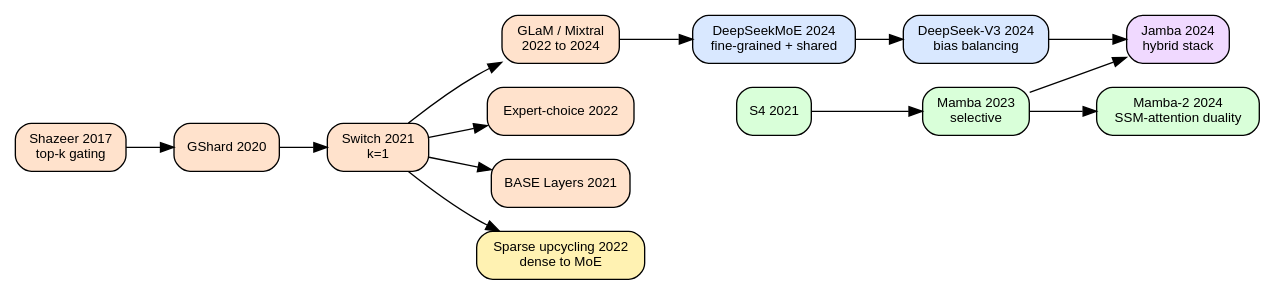
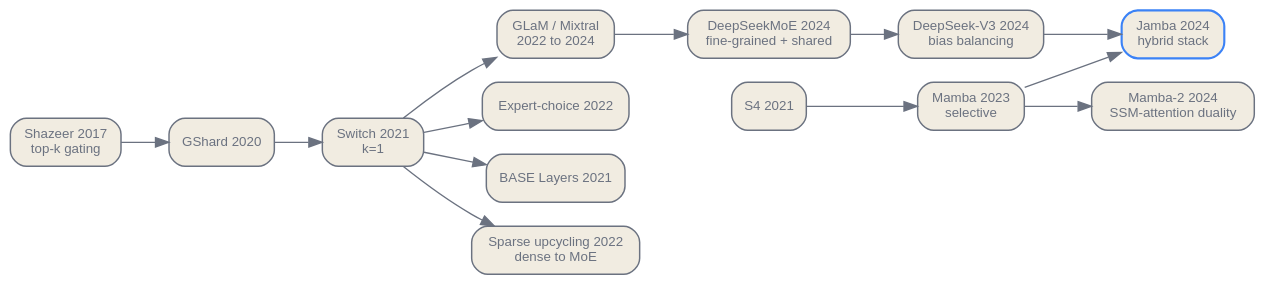
The third of 3 diagrams in en/p1-foundations/07-moe-ssm-hybrids.qmd (latere-ai/ai-as-an-infrastructure), drawn with Graphviz before and after one commit. The commit also changed 186 other files, not shown here.

First line of the commit message:
book: visual audit pass on all diagrams and figures

````diff
--- a/en/p1-foundations/07-moe-ssm-hybrids.qmd
+++ b/en/p1-foundations/07-moe-ssm-hybrids.qmd
@@ -128,36 +128,37 @@
 ```{dot}
 //| label: fig-moe-lineage
 //| fig-cap: "Genealogy of the ideas in this chapter. A routing thread and a specialization thread refine the MoE layer, sparse upcycling is a training shortcut into it, and a separate state-space line converges with attention and MoE at the hybrid stack."
 digraph lineage {
   rankdir=LR;
-  node [shape=box, style="rounded,filled", fontname="Helvetica", fontsize=10, fillcolor="#eeeeee"];
-  edge [fontname="Helvetica", fontsize=9];
+  bgcolor="transparent";
+  node [shape=box, style="rounded,filled", fontname="Helvetica", fontsize=10, color="#6b7280", fontcolor="#6b7280", fillcolor="#f1ece1", penwidth=1.1];
+  edge [fontname="Helvetica", fontsize=9, color="#6b7280", fontcolor="#6b7280"];
 
-  shazeer [label="Shazeer 2017\ntop-k gating", fillcolor="#ffe2cc"];
-  gshard [label="GShard 2020", fillcolor="#ffe2cc"];
-  switch [label="Switch 2021\nk=1", fillcolor="#ffe2cc"];
-  glam [label="GLaM / Mixtral\n2022 to 2024", fillcolor="#ffe2cc"];
-  echoice [label="Expert-choice 2022", fillcolor="#ffe2cc"];
-  base [label="BASE Layers 2021", fillcolor="#ffe2cc"];
+  shazeer [label="Shazeer 2017\ntop-k gating"];
+  gshard [label="GShard 2020"];
+  switch [label="Switch 2021\nk=1"];
+  glam [label="GLaM / Mixtral\n2022 to 2024"];
+  echoice [label="Expert-choice 2022"];
+  base [label="BASE Layers 2021"];
 
-  dsmoe [label="DeepSeekMoE 2024\nfine-grained + shared", fillcolor="#d9e8ff"];
-  dsv3 [label="DeepSeek-V3 2024\nbias balancing", fillcolor="#d9e8ff"];
+  dsmoe [label="DeepSeekMoE 2024\nfine-grained + shared"];
+  dsv3 [label="DeepSeek-V3 2024\nbias balancing"];
 
-  upcycle [label="Sparse upcycling 2022\ndense to MoE", fillcolor="#fff2b2"];
+  upcycle [label="Sparse upcycling 2022\ndense to MoE"];
 
-  s4 [label="S4 2021", fillcolor="#d9ffd9"];
-  mamba [label="Mamba 2023\nselective", fillcolor="#d9ffd9"];
-  mamba2 [label="Mamba-2 2024\nSSM-attention duality", fillcolor="#d9ffd9"];
+  s4 [label="S4 2021"];
+  mamba [label="Mamba 2023\nselective"];
+  mamba2 [label="Mamba-2 2024\nSSM-attention duality"];
 
-  jamba [label="Jamba 2024\nhybrid stack", fillcolor="#f0d9ff"];
+  jamba [label="Jamba 2024\nhybrid stack", color="#3b82f6", penwidth=1.6];
 
   shazeer -> gshard -> switch -> glam;
   switch -> echoice;
   switch -> base;
   glam -> dsmoe -> dsv3;
   switch -> upcycle;
   s4 -> mamba -> mamba2;
   dsv3 -> jamba;
   mamba -> jamba;
 }
 ```
````
